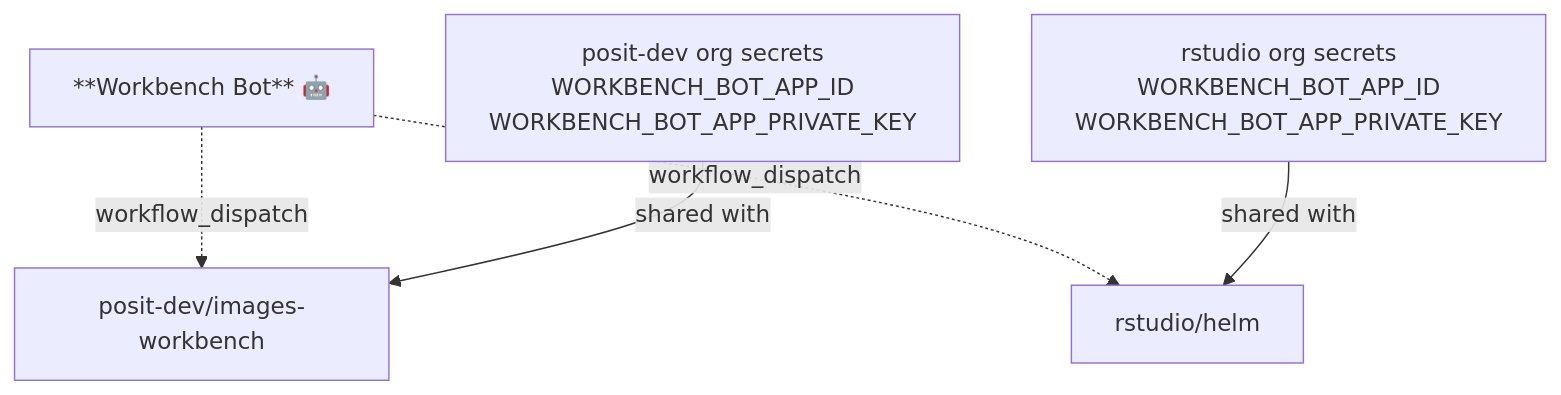
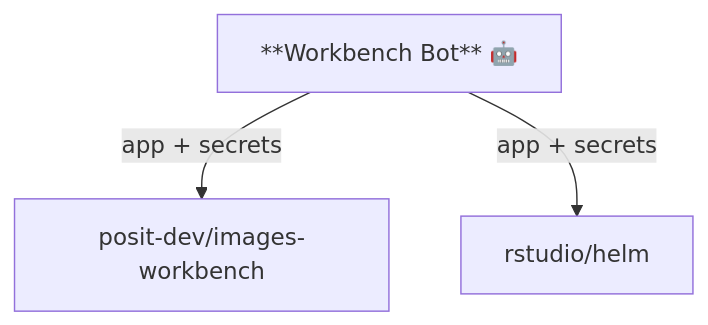
Before and after one commit to posit-dev/images-shared: the third of 5 diagrams in pulumi/github/github-apps/README.md, drawn with Mermaid. The commit also changed other lines of this file, not shown here.

First line of the commit message:
Simplify bot diagrams to two line types

````diff
--- a/pulumi/github/github-apps/README.md
+++ b/pulumi/github/github-apps/README.md
@@ -47,13 +67,7 @@
 ```mermaid
 graph TD
     BOT["**Workbench Bot** 🤖"]
 
-    BOT -.->|"workflow_dispatch"| IW["posit-dev/images-workbench"]
-    BOT -.->|"workflow_dispatch"| HELM["rstudio/helm"]
-
-    SECRET_PD["posit-dev org secrets<br/>WORKBENCH_BOT_APP_ID<br/>WORKBENCH_BOT_APP_PRIVATE_KEY"]
-    SECRET_RS["rstudio org secrets<br/>WORKBENCH_BOT_APP_ID<br/>WORKBENCH_BOT_APP_PRIVATE_KEY"]
-
-    SECRET_PD -->|shared with| IW
-    SECRET_RS -->|shared with| HELM
+    BOT -->|app + secrets| IW["posit-dev/images-workbench"]
+    BOT -->|app + secrets| HELM["rstudio/helm"]
 ```
````
